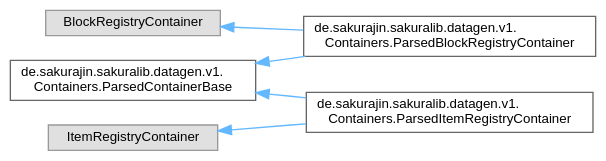
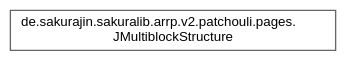
Before and after one commit to noah1510/sakura-lib: the diagram in inherit_graph_11.dot, drawn with Graphviz. The commit also changed 187 other files, not shown here.

```diff
--- a/inherit_graph_11.dot
+++ b/inherit_graph_11.dot
@@ -1,17 +1,9 @@
 digraph "Graphical Class Hierarchy"
 {
  // LATEX_PDF_SIZE
   bgcolor="transparent";
   edge [fontname=Helvetica,fontsize=10,labelfontname=Helvetica,labelfontsize=10];
   node [fontname=Helvetica,fontsize=10,shape=box,height=0.2,width=0.4];
   rankdir="LR";
-  Node0 [label="de.sakurajin.sakuralib.datagen.v1.\lContainers.ParsedContainerBase",height=0.2,width=0.4,color="grey40", fillcolor="white", style="filled",URL="$classde_1_1sakurajin_1_1sakuralib_1_1datagen_1_1v1_1_1Containers_1_1ParsedContainerBase.html",tooltip="The base class to automatically parse all items and blocks in a class."];
-  Node0 -> Node1 [dir="back",color="steelblue1",style="solid"];
-  Node1 [label="de.sakurajin.sakuralib.datagen.v1.\lContainers.ParsedBlockRegistryContainer",height=0.2,width=0.4,color="grey40", fillcolor="white", style="filled",URL="$classde_1_1sakurajin_1_1sakuralib_1_1datagen_1_1v1_1_1Containers_1_1ParsedBlockRegistryContainer.html",tooltip="A ParsedBlockRegistryContainer is a Block Registry Container that works with the DatagenAPI."];
-  Node0 -> Node3 [dir="back",color="steelblue1",style="solid"];
-  Node3 [label="de.sakurajin.sakuralib.datagen.v1.\lContainers.ParsedItemRegistryContainer",height=0.2,width=0.4,color="grey40", fillcolor="white", style="filled",URL="$classde_1_1sakurajin_1_1sakuralib_1_1datagen_1_1v1_1_1Containers_1_1ParsedItemRegistryContainer.html",tooltip="A ParsedItemRegistryContainer is a Item Registry Container that works with the DatagenAPI."];
-  Node2 [label="BlockRegistryContainer",height=0.2,width=0.4,color="grey60", fillcolor="#E0E0E0", style="filled",tooltip=" "];
-  Node2 -> Node1 [dir="back",color="steelblue1",style="solid"];
-  Node4 [label="ItemRegistryContainer",height=0.2,width=0.4,color="grey60", fillcolor="#E0E0E0", style="filled",tooltip=" "];
-  Node4 -> Node3 [dir="back",color="steelblue1",style="solid"];
+  Node0 [label="de.sakurajin.sakuralib.arrp.v2.patchouli.pages.\lJMultiblockStructure",height=0.2,width=0.4,color="grey40", fillcolor="white", style="filled",URL="$classde_1_1sakurajin_1_1sakuralib_1_1arrp_1_1v2_1_1patchouli_1_1pages_1_1JMultiblockStructure.html",tooltip="A data structure to represent a multiblock structure."];
 }
```
